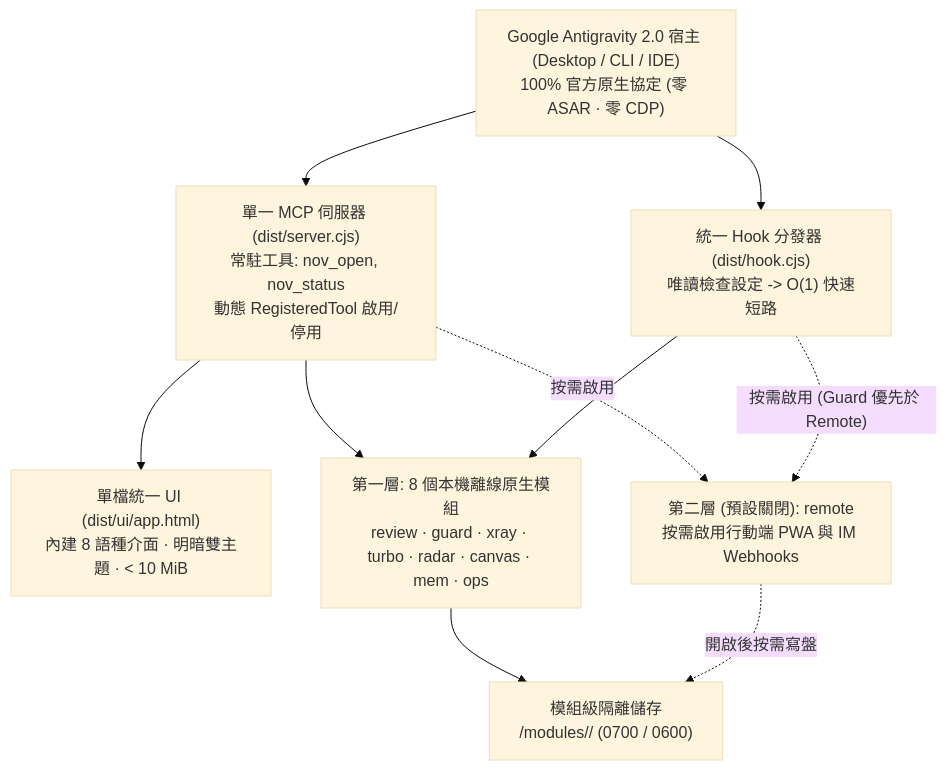
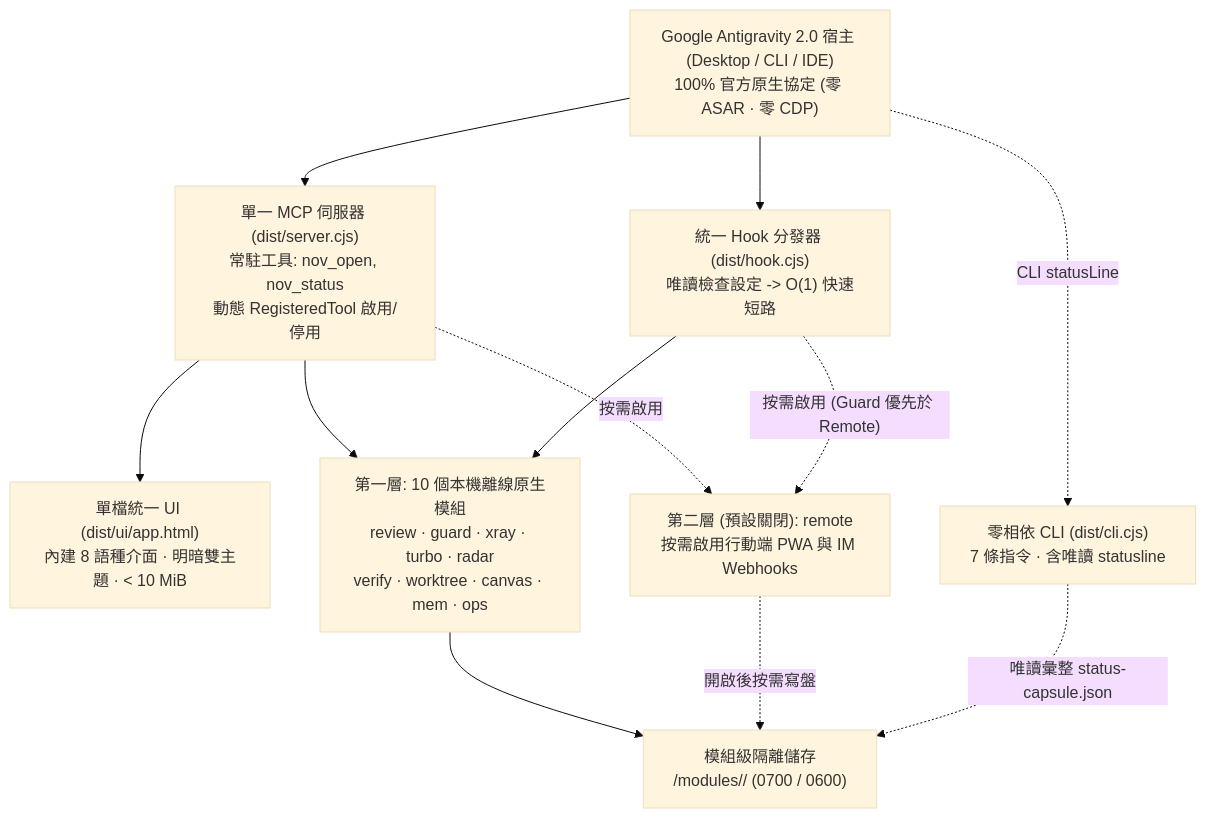
Before and after one commit to tone-leh/agy-NOV: the diagram in docs/i18n/README.zh-TW.md, drawn with Mermaid (base theme). The commit also changed other lines of this file and 60 other files, not shown here.

Commit message:
feat(v0.3.0): Verify Gate Stop-hook, Git Worktree Orchestrator, Swarm Lineage telemetry & CLI statusline

````diff
--- a/docs/i18n/README.zh-TW.md
+++ b/docs/i18n/README.zh-TW.md
@@ -188,20 +192,23 @@
 ```mermaid
 flowchart TB
   Host["Google Antigravity 2.0 宿主 (Desktop / CLI / IDE)\n100% 官方原生協定 (零 ASAR · 零 CDP)"]
   MCP["單一 MCP 伺服器 (dist/server.cjs)\n常駐工具: nov_open, nov_status\n動態 RegisteredTool 啟用/停用"]
   UI["單檔統一 UI (dist/ui/app.html)\n內建 8 語種介面 · 明暗雙主題 · < 10 MiB"]
   Hook["統一 Hook 分發器 (dist/hook.cjs)\n唯讀檢查設定 -> O(1) 快速短路"]
+  CLI["零相依 CLI (dist/cli.cjs)\n7 條指令 · 含唯讀 statusline"]
   Store["模組級隔離儲存\n<dataDir>/modules/<id>/ (0700 / 0600)"]
-  T1["第一層: 8 個本機離線原生模組\nreview · guard · xray · turbo · radar · canvas · mem · ops"]
+  T1["第一層: 10 個本機離線原生模組\nreview · guard · xray · turbo · radar\nverify · worktree · canvas · mem · ops"]
   T2R["第二層 (預設關閉): remote\n按需啟用行動端 PWA 與 IM Webhooks"]
 
   Host --> MCP
   Host --> Hook
+  Host -. "CLI statusLine" .-> CLI
   MCP --> UI
   MCP --> T1
   MCP -. "按需啟用" .-> T2R
   Hook --> T1
   Hook -. "按需啟用 (Guard 優先於 Remote)" .-> T2R
   T1 --> Store
   T2R -. "開啟後按需寫盤" .-> Store
+  CLI -. "唯讀彙整 status-capsule.json" .-> Store
 ```
````
